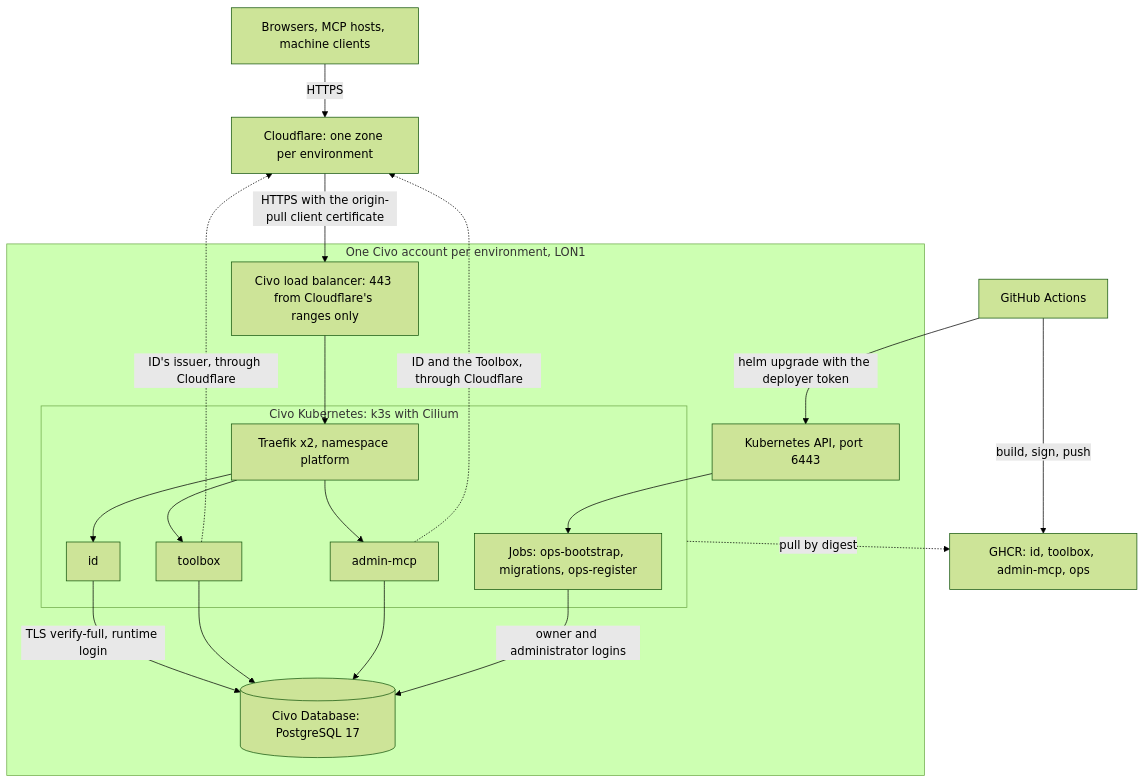
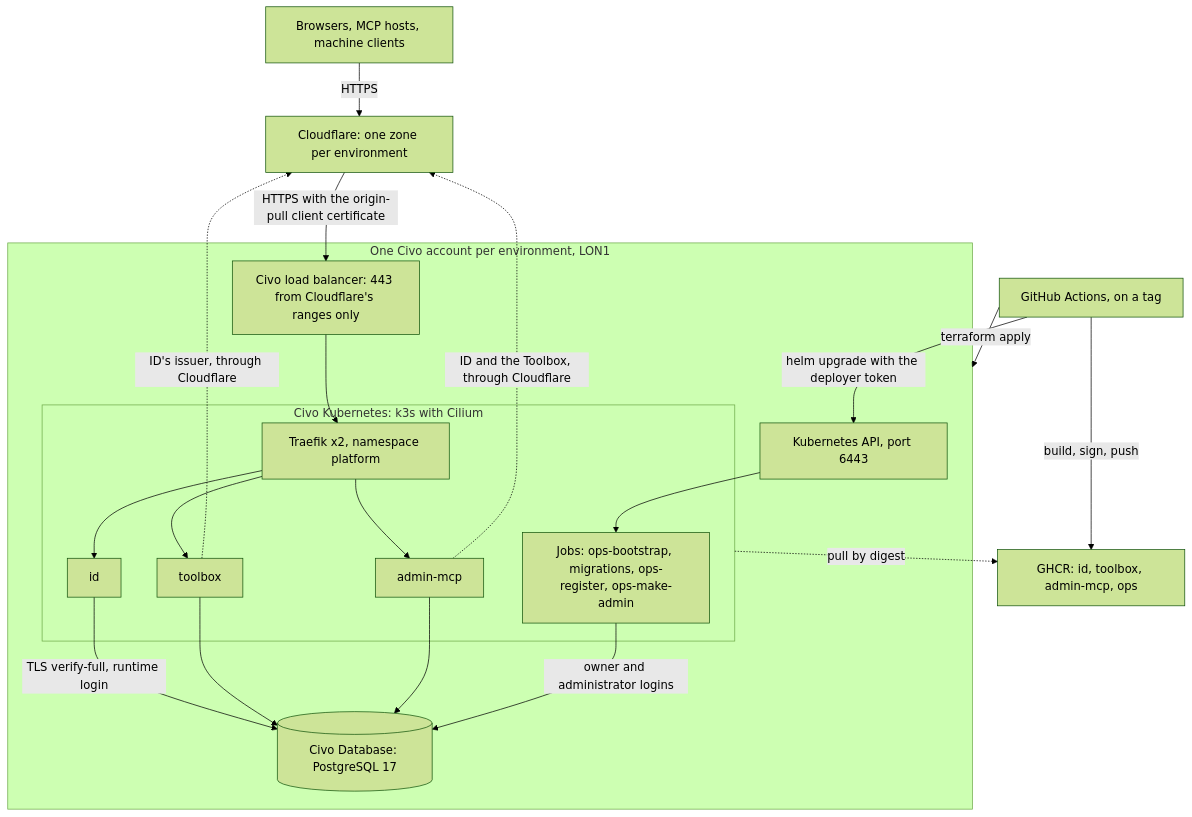
Before and after one commit to Rieranthony/answerable-monorepo: the diagram in docs/12-deployment.md, drawn with Mermaid (forest theme). The commit also changed other lines of this file and 74 other files, not shown here.

First line of the commit message:
Ship by tag with every secret in a GitHub environment, Civo only

````diff
--- a/docs/12-deployment.md
+++ b/docs/12-deployment.md
@@ -33,35 +33,36 @@
 ```mermaid
 flowchart TB
   people["Browsers, MCP hosts, machine clients"]
-  gha["GitHub Actions"]
+  gha["GitHub Actions, on a tag"]
   ghcr["GHCR: id, toolbox, admin-mcp, ops"]
   cf["Cloudflare: one zone per environment"]
   subgraph civo["One Civo account per environment, LON1"]
     lb["Civo load balancer: 443 from Cloudflare's ranges only"]
     api["Kubernetes API, port 6443"]
     subgraph cluster["Civo Kubernetes: k3s with Cilium"]
       traefik["Traefik x2, namespace platform"]
       id["id"]
       toolbox["toolbox"]
       admin["admin-mcp"]
-      jobs["Jobs: ops-bootstrap, migrations, ops-register"]
+      jobs["Jobs: ops-bootstrap, migrations, ops-register, ops-make-admin"]
     end
     db[("Civo Database: PostgreSQL 17")]
   end
   people -->|HTTPS| cf
   cf -->|"HTTPS with the origin-pull client certificate"| lb
   lb --> traefik
   traefik --> id
   traefik --> toolbox
   traefik --> admin
   id -->|"TLS verify-full, runtime login"| db
   toolbox --> db
   admin --> db
   jobs -->|"owner and administrator logins"| db
   toolbox -.->|"ID's issuer, through Cloudflare"| cf
   admin -.->|"ID and the Toolbox, through Cloudflare"| cf
+  gha -->|"terraform apply"| civo
   gha -->|"build, sign, push"| ghcr
   gha -->|"helm upgrade with the deployer token"| api
   api --> jobs
   cluster -.->|"pull by digest"| ghcr
 ```
````
